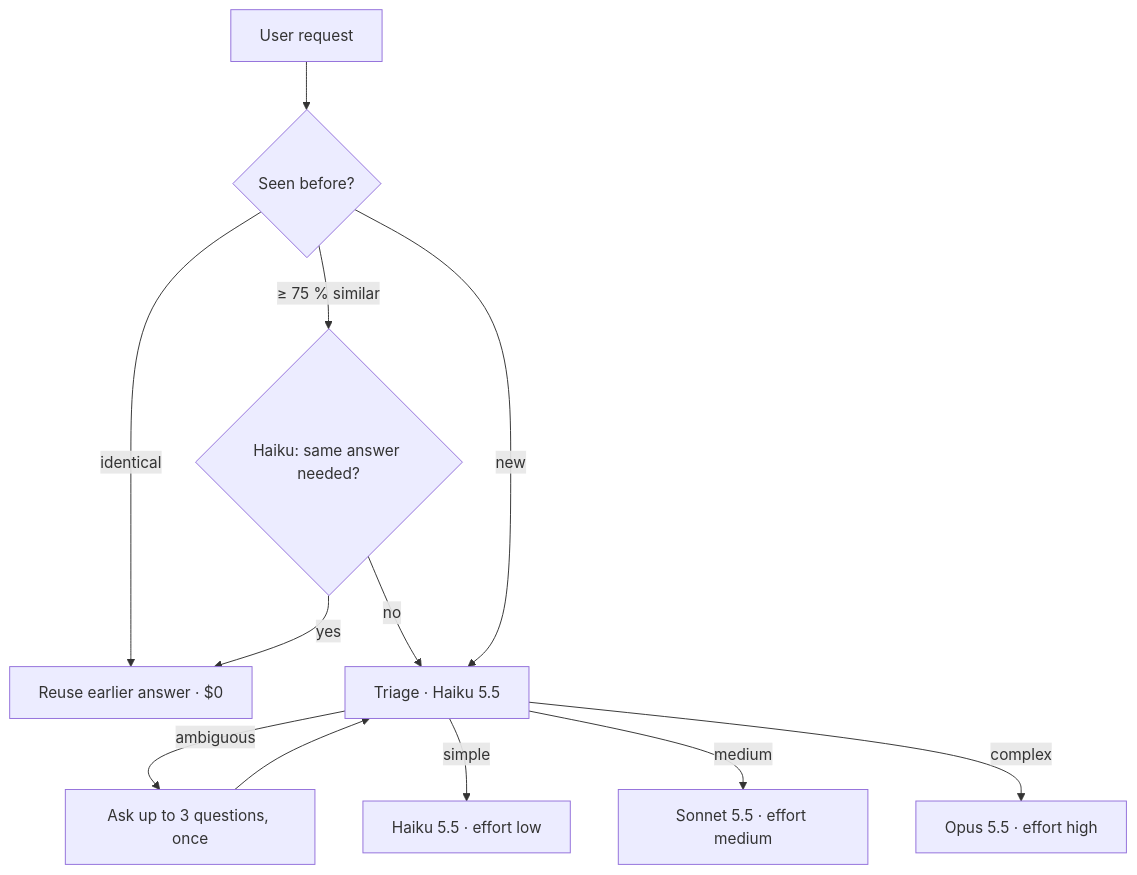
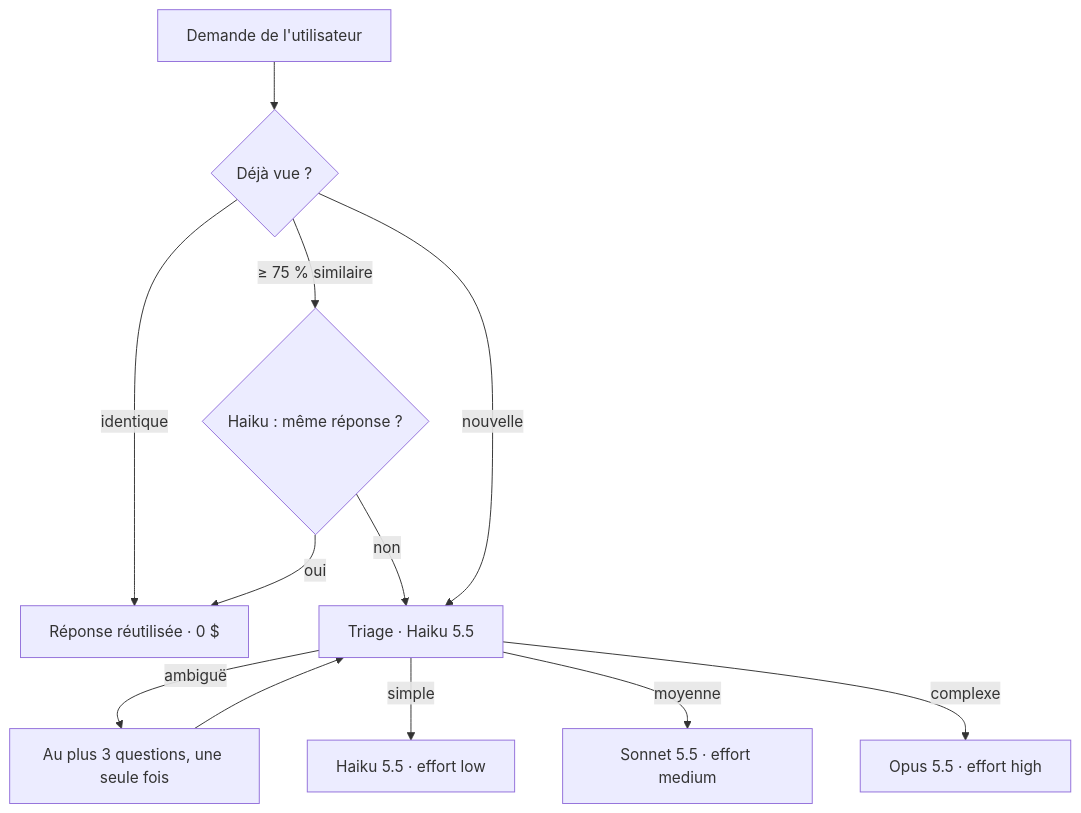
The diagram in README.md (JacobRoche123/codejam-2026), drawn with Mermaid before and after one commit. The commit also changed other lines of this file and 1 other file, not shown here.

````diff
--- a/README.md
+++ b/README.md
@@ -30,14 +32,14 @@
 ```mermaid
 flowchart TD
-    A[User request] --> B{Seen before?}
-    B -- identical --> Z[Reuse earlier answer · $0]
-    B -- "≥ 75 % similar" --> C{Haiku: same answer needed?}
-    C -- yes --> Z
-    C -- no --> D
-    B -- new --> D[Triage · Haiku 5.5]
-    D -- ambiguous --> Q[Ask up to 3 questions, once]
+    A[Demande de l'utilisateur] --> B{Déjà vue ?}
+    B -- identique --> Z[Réponse réutilisée · 0 $]
+    B -- "≥ 75 % similaire" --> C{Haiku : même réponse ?}
+    C -- oui --> Z
+    C -- non --> D
+    B -- nouvelle --> D[Triage · Haiku 5.5]
+    D -- ambiguë --> Q[Au plus 3 questions, une seule fois]
     Q --> D
     D -- simple --> H[Haiku 5.5 · effort low]
-    D -- medium --> S[Sonnet 5.5 · effort medium]
-    D -- complex --> O[Opus 5.5 · effort high]
+    D -- moyenne --> S[Sonnet 5.5 · effort medium]
+    D -- complexe --> O[Opus 5.5 · effort high]
 ```
````
